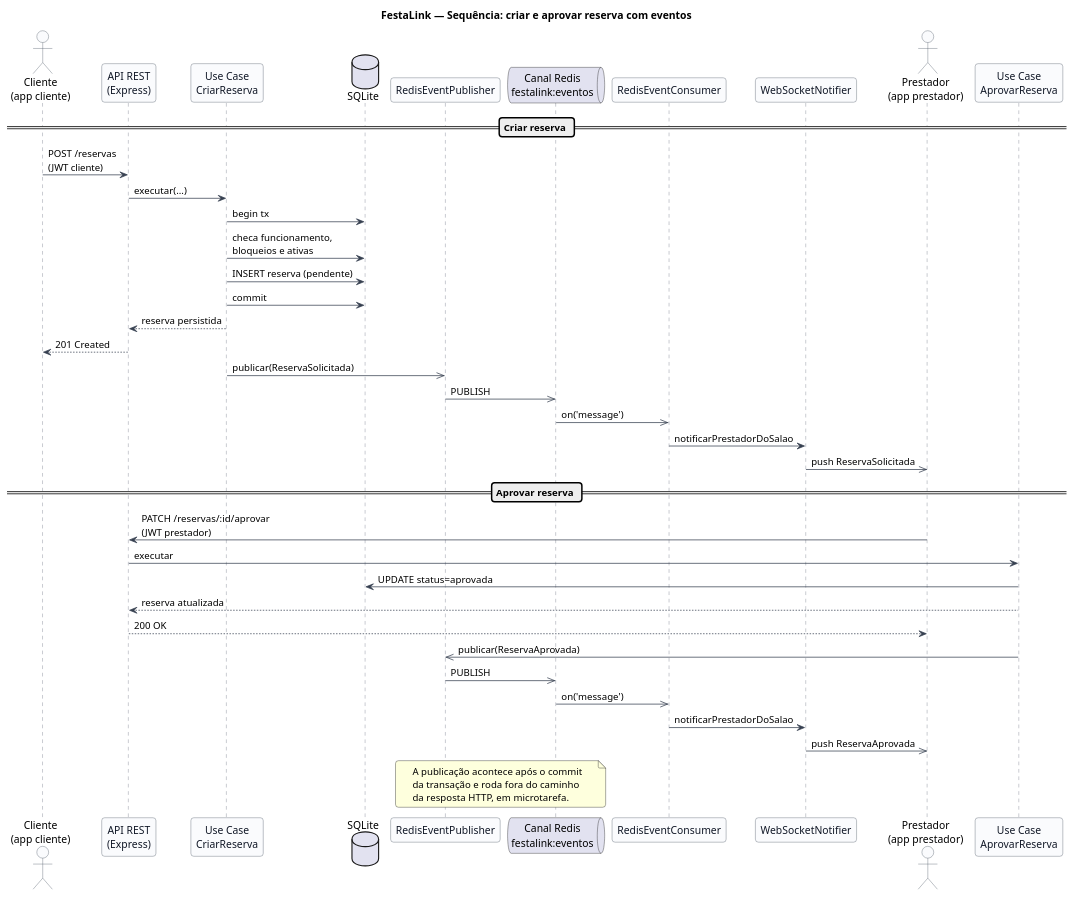
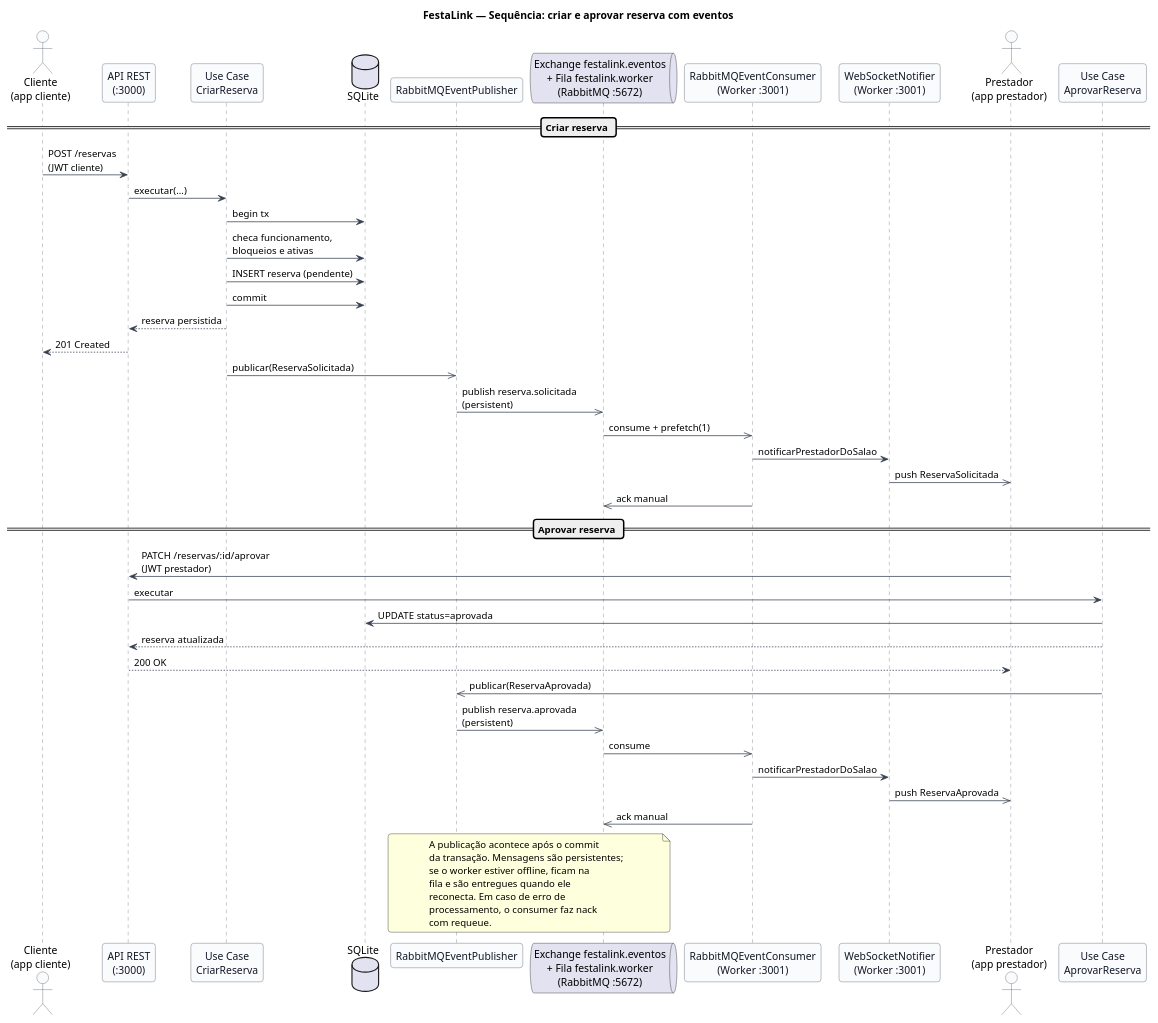
The diagram in docs/diagrams/16-sequencia-reserva.puml (MiguelMagCastro/festalink_app), drawn with PlantUML before and after one commit. The commit also changed 9 other files, not shown here.

Commit message:
docs(diagramas): atualiza puml e png para rabbitmq e split api/worker

```diff
--- a/docs/diagrams/16-sequencia-reserva.puml
+++ b/docs/diagrams/16-sequencia-reserva.puml
@@ -1,62 +1,68 @@
 @startuml
 title FestaLink — Sequência: criar e aprovar reserva com eventos
 
 skinparam backgroundColor #FFFFFF
 skinparam shadowing false
 skinparam roundCorner 8
 skinparam defaultFontName "Helvetica"
 skinparam sequence {
   ArrowColor #374151
   LifeLineBorderColor #6B7280
   LifeLineBackgroundColor #F5F7FB
   ParticipantBorderColor #4B5563
   ParticipantBackgroundColor #FAFBFD
   ParticipantFontColor #111827
   ActorBorderColor #4B5563
   ActorBackgroundColor #FAFBFD
 }
 
 actor "Cliente\n(app cliente)" as Cli
-participant "API REST\n(Express)" as API
+participant "API REST\n(:3000)" as API
 participant "Use Case\nCriarReserva" as UCC
 database "SQLite" as DB
-participant "RedisEventPublisher" as Pub
-queue "Canal Redis\nfestalink:eventos" as Canal
-participant "RedisEventConsumer" as Cons
-participant "WebSocketNotifier" as WS
+participant "RabbitMQEventPublisher" as Pub
+queue "Exchange festalink.eventos\n+ Fila festalink.worker\n(RabbitMQ :5672)" as Fila
+participant "RabbitMQEventConsumer\n(Worker :3001)" as Cons
+participant "WebSocketNotifier\n(Worker :3001)" as WS
 actor "Prestador\n(app prestador)" as Prest
 
 == Criar reserva ==
 Cli -> API : POST /reservas\n(JWT cliente)
 API -> UCC : executar(...)
 UCC -> DB : begin tx
 UCC -> DB : checa funcionamento,\nbloqueios e ativas
 UCC -> DB : INSERT reserva (pendente)
 UCC -> DB : commit
 UCC --> API : reserva persistida
 API --> Cli : 201 Created
 UCC ->> Pub : publicar(ReservaSolicitada)
-Pub ->> Canal : PUBLISH
-Canal ->> Cons : on('message')
+Pub ->> Fila : publish reserva.solicitada\n(persistent)
+Fila ->> Cons : consume + prefetch(1)
 Cons -> WS : notificarPrestadorDoSalao
 WS ->> Prest : push ReservaSolicitada
+Cons ->> Fila : ack manual
 
 == Aprovar reserva ==
 Prest -> API : PATCH /reservas/:id/aprovar\n(JWT prestador)
 API -> "Use Case\nAprovarReserva" as UCA : executar
 UCA -> DB : UPDATE status=aprovada
 UCA --> API : reserva atualizada
 API --> Prest : 200 OK
 UCA ->> Pub : publicar(ReservaAprovada)
-Pub ->> Canal : PUBLISH
-Canal ->> Cons : on('message')
+Pub ->> Fila : publish reserva.aprovada\n(persistent)
+Fila ->> Cons : consume
 Cons -> WS : notificarPrestadorDoSalao
 WS ->> Prest : push ReservaAprovada
+Cons ->> Fila : ack manual
 
-note over Pub, Canal
+note over Pub, Fila
   A publicação acontece após o commit
-  da transação e roda fora do caminho
-  da resposta HTTP, em microtarefa.
+  da transação. Mensagens são persistentes;
+  se o worker estiver offline, ficam na
+  fila e são entregues quando ele
+  reconecta. Em caso de erro de
+  processamento, o consumer faz nack
+  com requeue.
 end note
 
 @enduml
```
